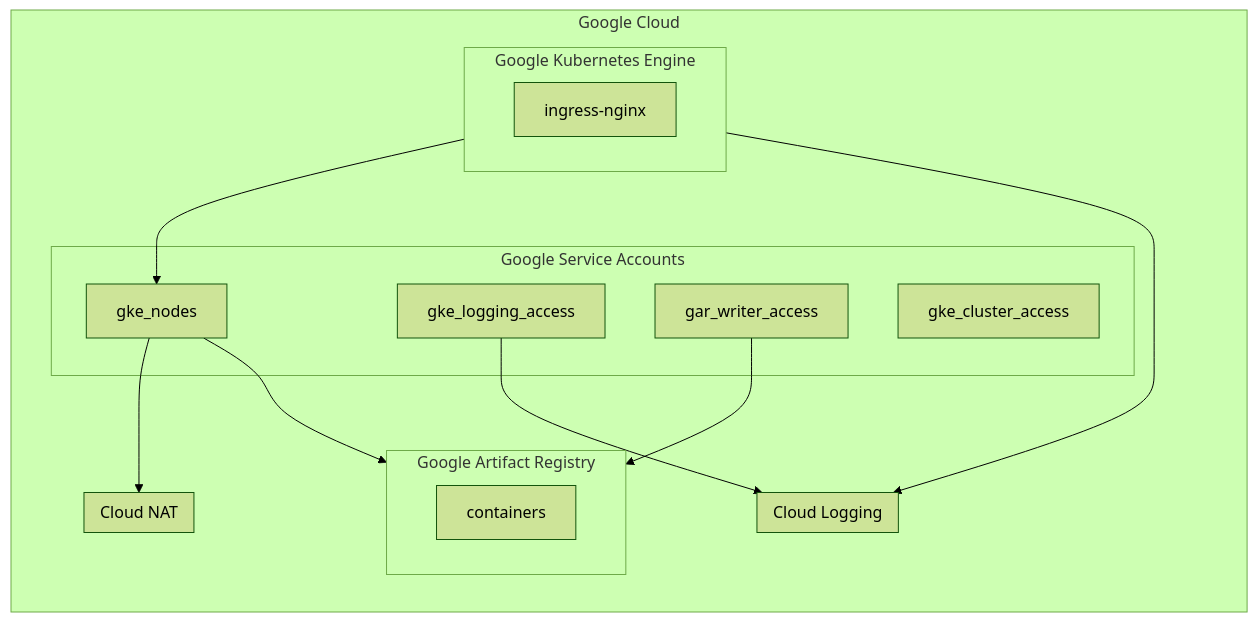
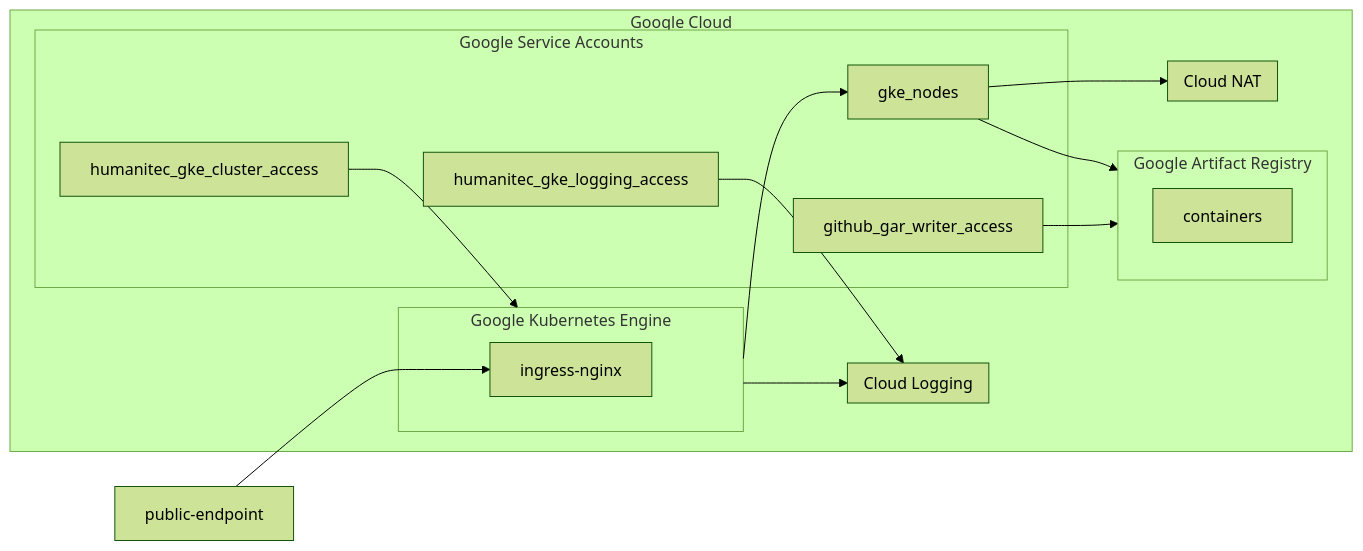
Before and after one commit to TEST-ACCOUNT-APURV/redis-test: the second of 3 diagrams in README.md, drawn with Mermaid (forest theme).

Commit message:
Update Google Cloud graph

````diff
--- a/README.md
+++ b/README.md
@@ -34,27 +34,29 @@
 ```mermaid
 flowchart LR
   subgraph Google Cloud
     subgraph gke [Google Kubernetes Engine]
       ingress-nginx
     end
     subgraph gar [Google Artifact Registry]
       containers
     end
     subgraph cloud-nat [Cloud NAT]
     end
     subgraph cloud-logging [Cloud Logging]
     end
     subgraph Google Service Accounts
       gke_nodes
-      gar_writer_access
-      gke_logging_access
-      gke_cluster_access
+      github_gar_writer_access
+      humanitec_gke_logging_access
+      humanitec_gke_cluster_access
     end
     gke-->gke_nodes
     gke_nodes-->cloud-nat
     gke_nodes-->gar
-    gke_logging_access-->cloud-logging
+    humanitec_gke_logging_access-->cloud-logging
     gke-->cloud-logging
-    gar_writer_access-->gar
+    github_gar_writer_access-->gar
+    humanitec_gke_cluster_access-->gke
   end
+  public-endpoint-->ingress-nginx
 ```
````
